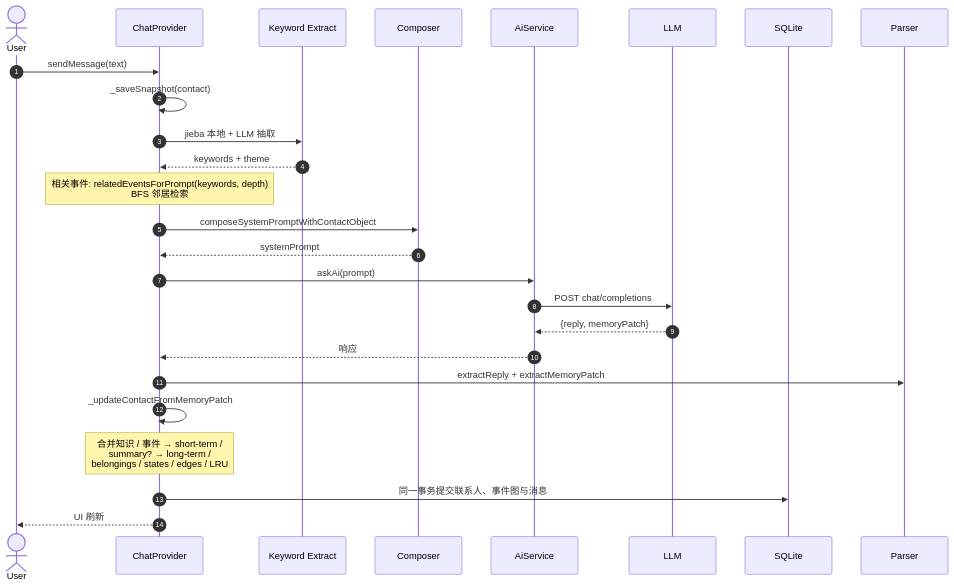
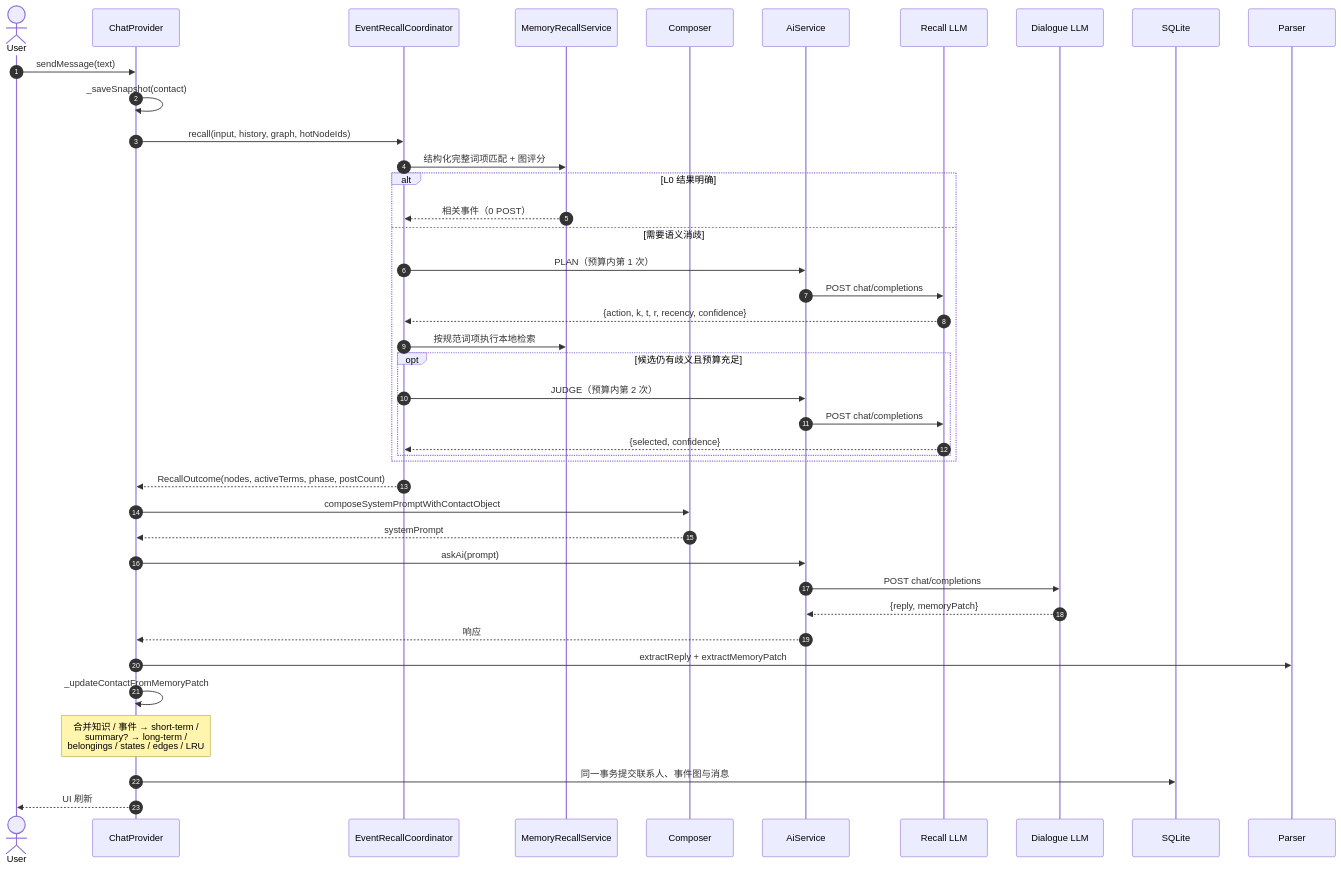
The first of 3 diagrams in README.md (shoelace66/-), drawn with Mermaid before and after one commit. The commit also changed other lines of this file and 24 other files, not shown here.

Commit message:
feat: implement low-cost deterministic event recall

````diff
--- a/README.md
+++ b/README.md
@@ -86,29 +86,44 @@
 ```mermaid
 sequenceDiagram
     autonumber
     actor U as User
     participant CP as ChatProvider
-    participant KW as Keyword Extract
+    participant RC as EventRecallCoordinator
+    participant L0 as MemoryRecallService
     participant CO as Composer
     participant AS as AiService
-    participant LL as LLM
+    participant RM as Recall LLM
+    participant LL as Dialogue LLM
     participant DB as SQLite
     participant PR as Parser
 
     U->>CP: sendMessage(text)
     CP->>CP: _saveSnapshot(contact)
-    CP->>KW: jieba 本地 + LLM 抽取
-    KW-->>CP: keywords + theme
-    Note over CP: 相关事件: relatedEventsForPrompt(keywords, depth)<br/>BFS 邻居检索
+    CP->>RC: recall(input, history, graph, hotNodeIds)
+    RC->>L0: 结构化完整词项匹配 + 图评分
+    alt L0 结果明确
+        L0-->>RC: 相关事件（0 POST）
+    else 需要语义消歧
+        RC->>AS: PLAN（预算内第 1 次）
+        AS->>RM: POST chat/completions
+        RM-->>RC: {action, k, t, r, recency, confidence}
+        RC->>L0: 按规范词项执行本地检索
+        opt 候选仍有歧义且预算充足
+            RC->>AS: JUDGE（预算内第 2 次）
+            AS->>RM: POST chat/completions
+            RM-->>RC: {selected, confidence}
+        end
+    end
+    RC-->>CP: RecallOutcome(nodes, activeTerms, phase, postCount)
     CP->>CO: composeSystemPromptWithContactObject
     CO-->>CP: systemPrompt
     CP->>AS: askAi(prompt)
     AS->>LL: POST chat/completions
     LL-->>AS: {reply, memoryPatch}
     AS-->>CP: 响应
     CP->>PR: extractReply + extractMemoryPatch
     CP->>CP: _updateContactFromMemoryPatch
     Note over CP: 合并知识 / 事件 → short-term /<br/>summary? → long-term /<br/>belongings / states / edges / LRU
     CP->>DB: 同一事务提交联系人、事件图与消息
     CP-->>U: UI 刷新
 ```
````
